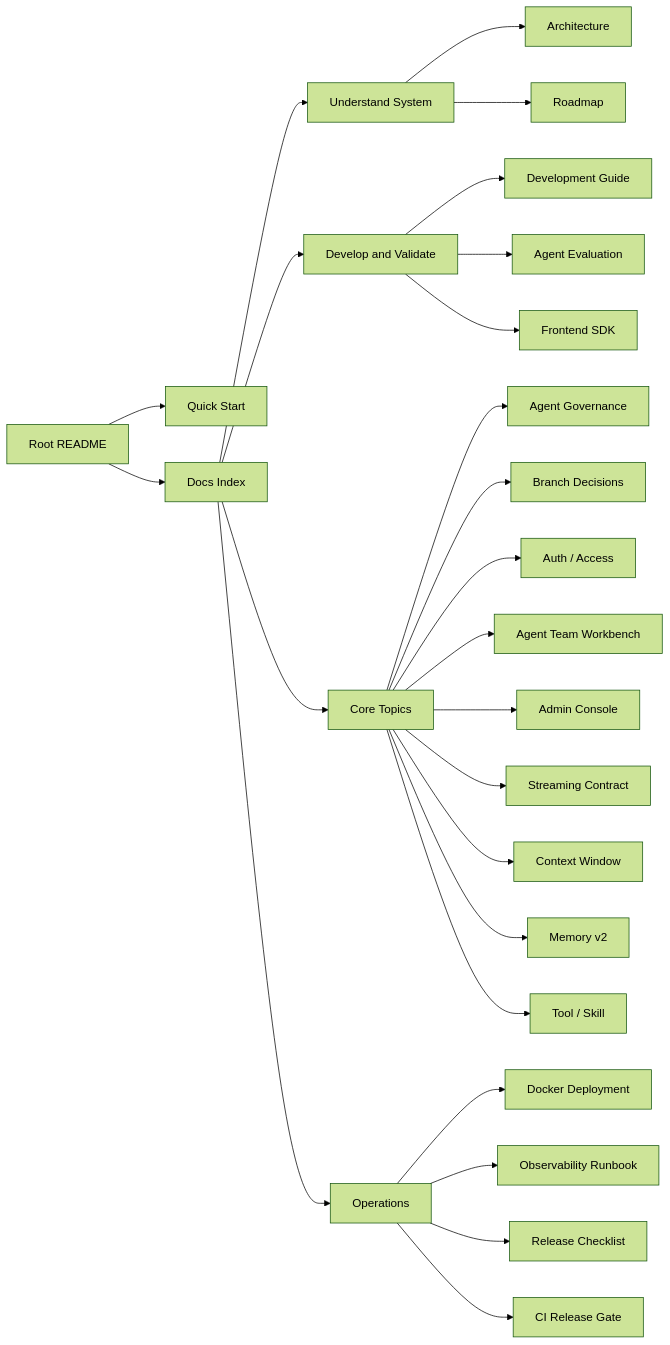
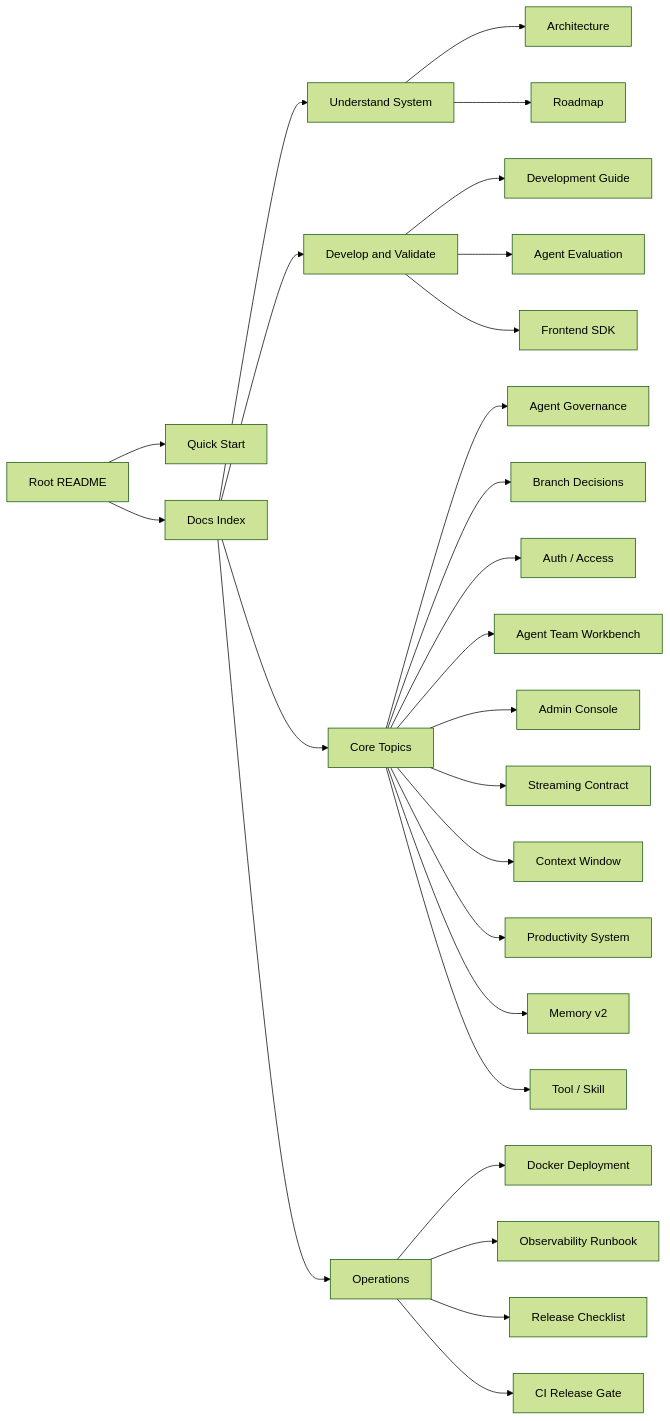
Before and after one commit to William-zgx/focus-agent: the diagram in docs/README.md, drawn with Mermaid (forest theme). The commit also changed other lines of this file and 93 other files, not shown here.

````diff
--- a/docs/README.md
+++ b/docs/README.md
@@ -9,27 +9,28 @@
 ```mermaid
 flowchart LR
     README["Root README"] --> Quick["Quick Start"]
     README --> Docs["Docs Index"]
     Docs --> Understand["Understand System"]
     Docs --> Develop["Develop and Validate"]
     Docs --> Topics["Core Topics"]
     Docs --> Ops["Operations"]
     Understand --> Architecture["Architecture"]
     Understand --> Roadmap["Roadmap"]
     Develop --> DevGuide["Development Guide"]
     Develop --> EvalGuide["Agent Evaluation"]
     Develop --> SDK["Frontend SDK"]
     Topics --> Governance["Agent Governance"]
     Topics --> BranchDecision["Branch Decisions"]
     Topics --> AuthAccess["Auth / Access"]
     Topics --> AgentTeam["Agent Team Workbench"]
     Topics --> Admin["Admin Console"]
     Topics --> Streaming["Streaming Contract"]
     Topics --> ContextWindow["Context Window"]
+    Topics --> Productivity["Productivity System"]
     Topics --> Memory["Memory v2"]
     Topics --> Tools["Tool / Skill"]
     Ops --> Docker["Docker Deployment"]
     Ops --> Observability["Observability Runbook"]
     Ops --> Release["Release Checklist"]
     Ops --> CIGate["CI Release Gate"]
 ```
````
